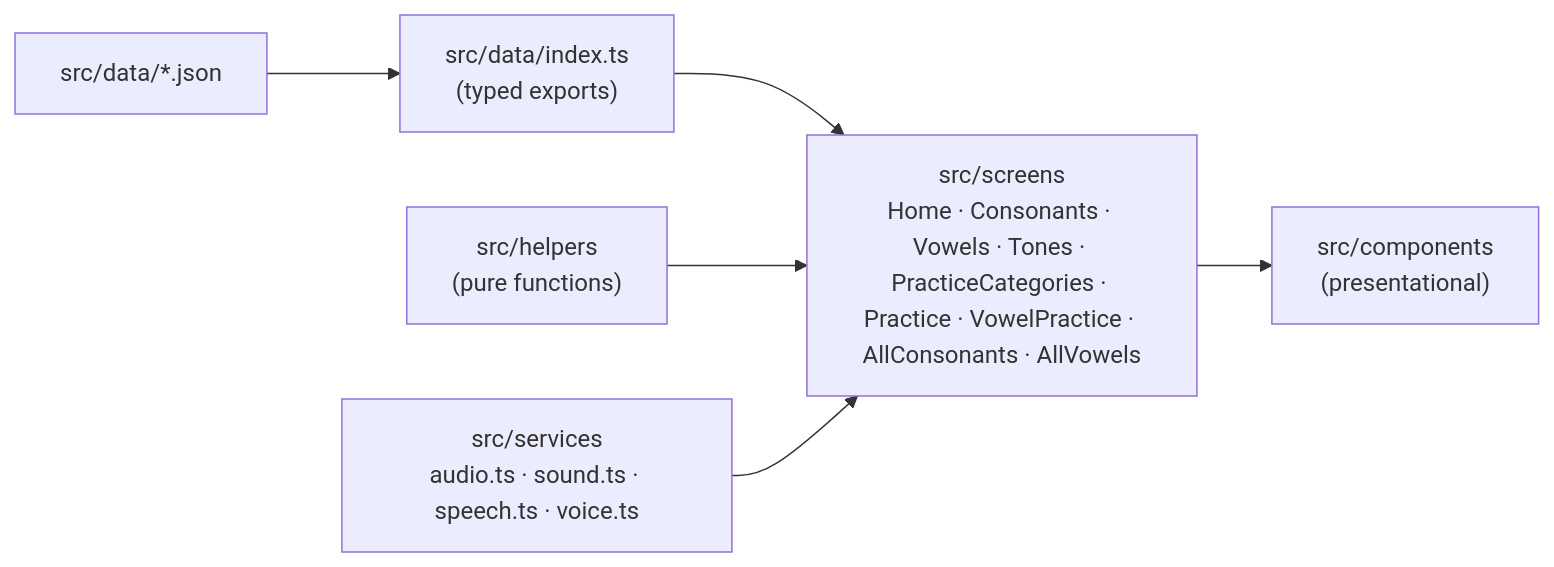
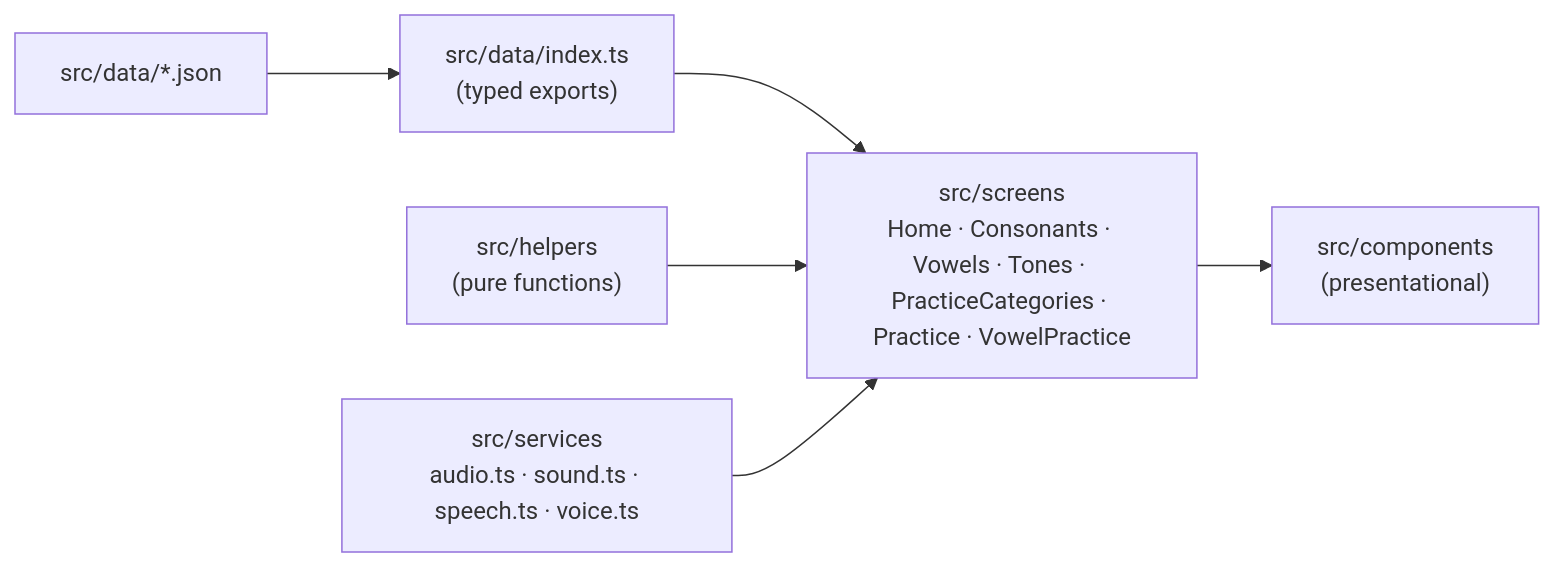
One commit to MinHan-Kyaw/kaihto changed the first of 2 diagrams in docs/architecture.md. Above: the diagram before and after it, drawn with Mermaid. The commit also changed other lines of this file and 11 other files, not shown here.

First line of the commit message:
Move the overviews into the Consonants and Vowels pages behind a toggle

````diff
--- a/docs/architecture.md
+++ b/docs/architecture.md
@@ -14,8 +14,8 @@
 ```mermaid
 flowchart LR
   JSON["src/data/*.json"] --> Loader["src/data/index.ts<br/>(typed exports)"]
   Loader --> Screens
   Helpers["src/helpers<br/>(pure functions)"] --> Screens
   Services["src/services<br/>audio.ts · sound.ts · speech.ts · voice.ts"] --> Screens
-  Screens["src/screens<br/>Home · Consonants · Vowels · Tones · PracticeCategories · Practice · VowelPractice · AllConsonants · AllVowels"] --> Components["src/components<br/>(presentational)"]
+  Screens["src/screens<br/>Home · Consonants · Vowels · Tones · PracticeCategories · Practice · VowelPractice"] --> Components["src/components<br/>(presentational)"]
 ```
````
